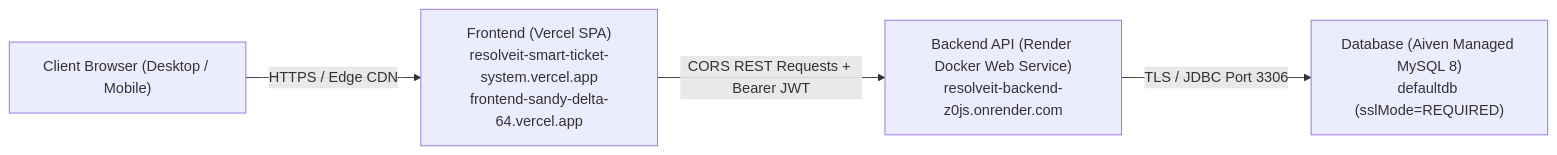
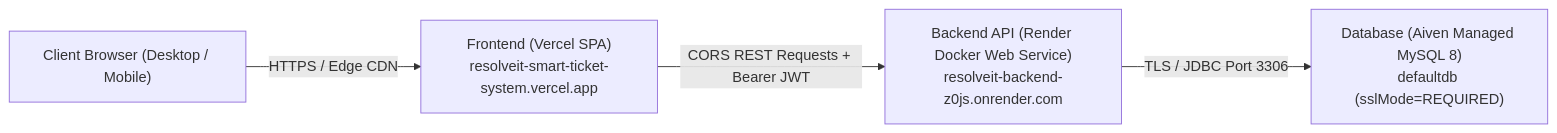
One commit to Ramprasad-Prajapat/resolveit-smart-ticket-system changed the diagram in docs/DEPLOYMENT.md. Above: the diagram before and after it, drawn with Mermaid. The commit also changed other lines of this file and 1 other file, not shown here.

````diff
--- a/docs/DEPLOYMENT.md
+++ b/docs/DEPLOYMENT.md
@@ -9,6 +9,6 @@
 ```mermaid
 flowchart LR
-    Browser["Client Browser (Desktop / Mobile)"] -->|HTTPS / Edge CDN| Vercel["Frontend (Vercel SPA)<br/>resolveit-smart-ticket-system.vercel.app<br/>frontend-sandy-delta-64.vercel.app"]
+    Browser["Client Browser (Desktop / Mobile)"] -->|HTTPS / Edge CDN| Vercel["Frontend (Vercel SPA)<br/>resolveit-smart-ticket-system.vercel.app"]
     Vercel -->|CORS REST Requests + Bearer JWT| Render["Backend API (Render Docker Web Service)<br/>resolveit-backend-z0js.onrender.com"]
     Render -->|TLS / JDBC Port 3306| Aiven["Database (Aiven Managed MySQL 8)<br/>defaultdb (sslMode=REQUIRED)"]
 ```
````
